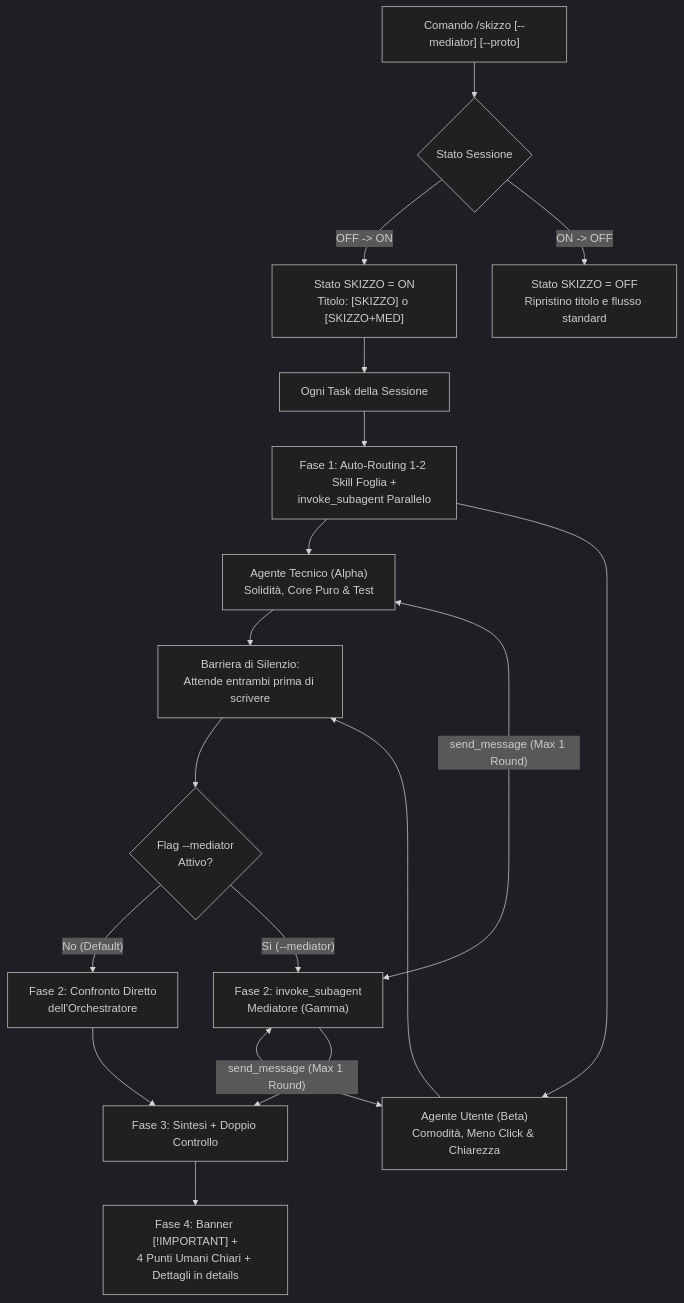
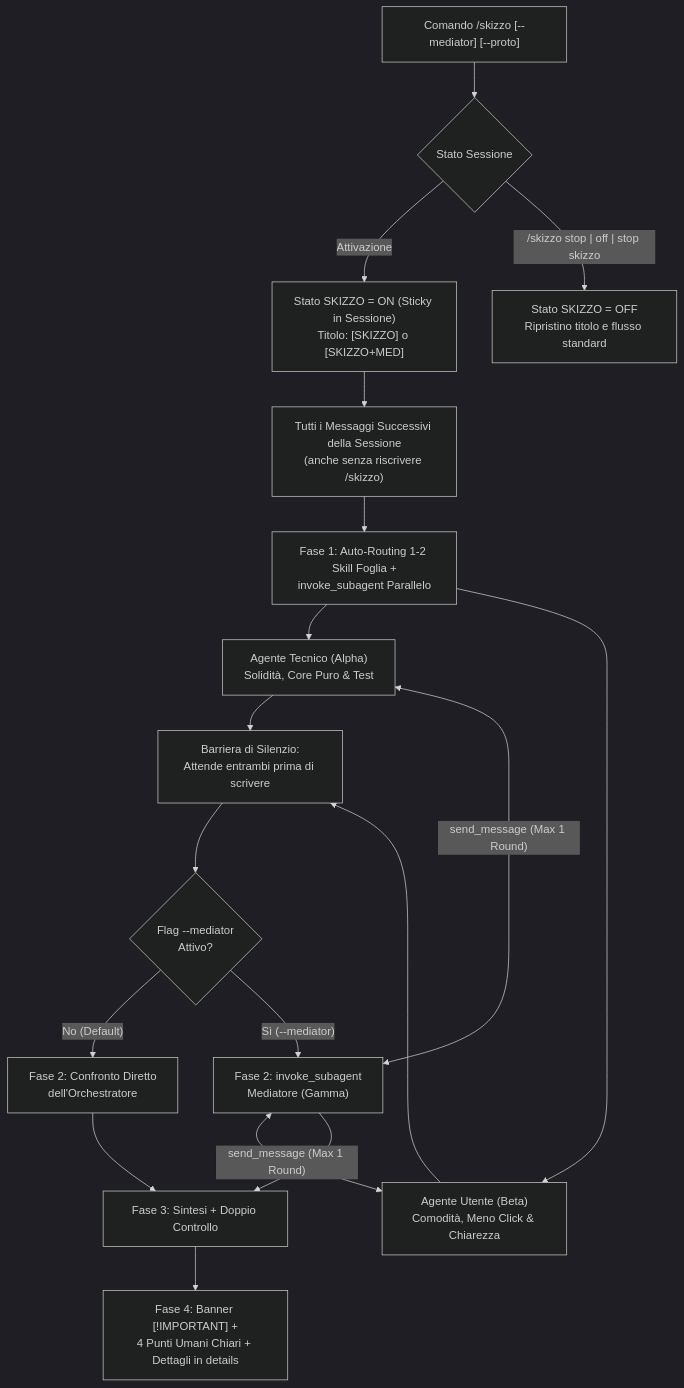
One commit to alessandroame/antigravity-plugins changed the diagram in plugins/skizzo/README.md. Above: the diagram before and after it, drawn with Mermaid (dark theme). The commit also changed other lines of this file and 8 other files, not shown here.

Commit message:
feat(skizzo): enforce sticky session persistence and natural stop commands in v1.4.0

````diff
--- a/plugins/skizzo/README.md
+++ b/plugins/skizzo/README.md
@@ -34,20 +34,20 @@
 ```mermaid
 flowchart TD
     CMD["Comando /skizzo [--mediator] [--proto]"] --> TOGGLE{"Stato Sessione"}
-    TOGGLE -- "OFF -> ON" --> ON["Stato SKIZZO = ON<br/>Titolo: [SKIZZO] o [SKIZZO+MED]"]
-    TOGGLE -- "ON -> OFF" --> OFF["Stato SKIZZO = OFF<br/>Ripristino titolo e flusso standard"]
-    ON --> TASK["Ogni Task della Sessione"]
+    TOGGLE -- "Attivazione" --> ON["Stato SKIZZO = ON (Sticky in Sessione)<br/>Titolo: [SKIZZO] o [SKIZZO+MED]"]
+    TOGGLE -- "/skizzo stop | off | stop skizzo" --> OFF["Stato SKIZZO = OFF<br/>Ripristino titolo e flusso standard"]
+    ON --> TASK["Tutti i Messaggi Successivi della Sessione<br/>(anche senza riscrivere /skizzo)"]
     TASK --> F1["Fase 1: Auto-Routing 1-2 Skill Foglia +<br/>invoke_subagent Parallelo"]
     F1 --> ALPHA["Agente Tecnico (Alpha)<br/>Solidità, Core Puro & Test"]
     F1 --> BETA["Agente Utente (Beta)<br/>Comodità, Meno Click & Chiarezza"]
     ALPHA --> WAIT["Barriera di Silenzio:<br/>Attende entrambi prima di scrivere"]
     BETA --> WAIT
     WAIT --> MED{"Flag --mediator<br/>Attivo?"}
     MED -- "No (Default)" --> F2A["Fase 2: Confronto Diretto<br/>dell'Orchestratore"]
     MED -- "Sì (--mediator)" --> GAMMA["Fase 2: invoke_subagent<br/>Mediatore (Gamma)"]
     GAMMA <-->|"send_message (Max 1 Round)"| ALPHA
     GAMMA <-->|"send_message (Max 1 Round)"| BETA
     F2A --> F3["Fase 3: Sintesi + Doppio Controllo"]
     GAMMA --> F3
     F3 --> F4["Fase 4: Banner [!IMPORTANT] +<br/>4 Punti Umani Chiari + Dettagli in details"]
 ```
````
